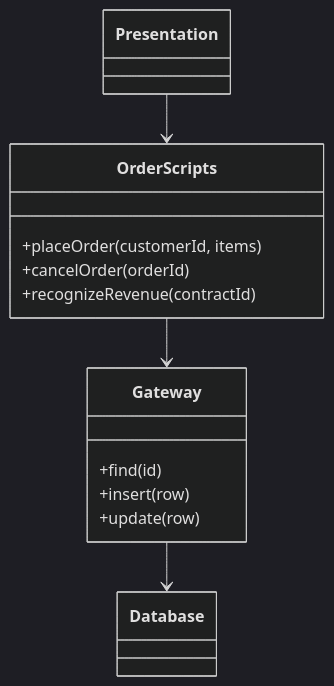
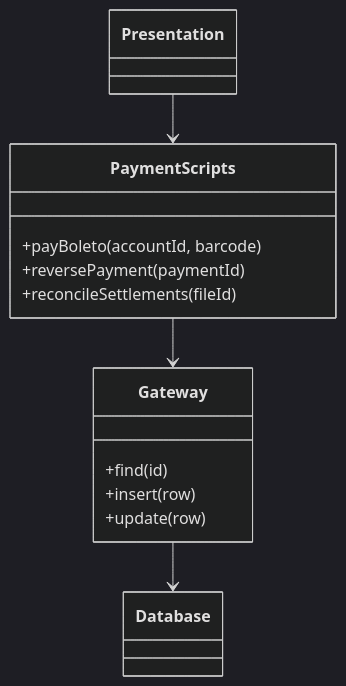
The diagram in docs/design/poeaa/domain-logic/transaction-script.md (alancesar/design-patterns), drawn with Mermaid (dark theme) before and after one commit. The commit also changed other lines of this file and 95 other files, not shown here.

First line of the commit message:
Switch PoEAA examples and diagrams to fintech scenarios

````diff
--- a/docs/design/poeaa/domain-logic/transaction-script.md
+++ b/docs/design/poeaa/domain-logic/transaction-script.md
@@ -55,18 +55,18 @@
 ```mermaid
 classDiagram
     class Presentation
-    class OrderScripts {
-        +placeOrder(customerId, items)
-        +cancelOrder(orderId)
-        +recognizeRevenue(contractId)
+    class PaymentScripts {
+        +payBoleto(accountId, barcode)
+        +reversePayment(paymentId)
+        +reconcileSettlements(fileId)
     }
     class Gateway {
         +find(id)
         +insert(row)
         +update(row)
     }
     class Database
-    Presentation --> OrderScripts
-    OrderScripts --> Gateway
+    Presentation --> PaymentScripts
+    PaymentScripts --> Gateway
     Gateway --> Database
 ```
````
